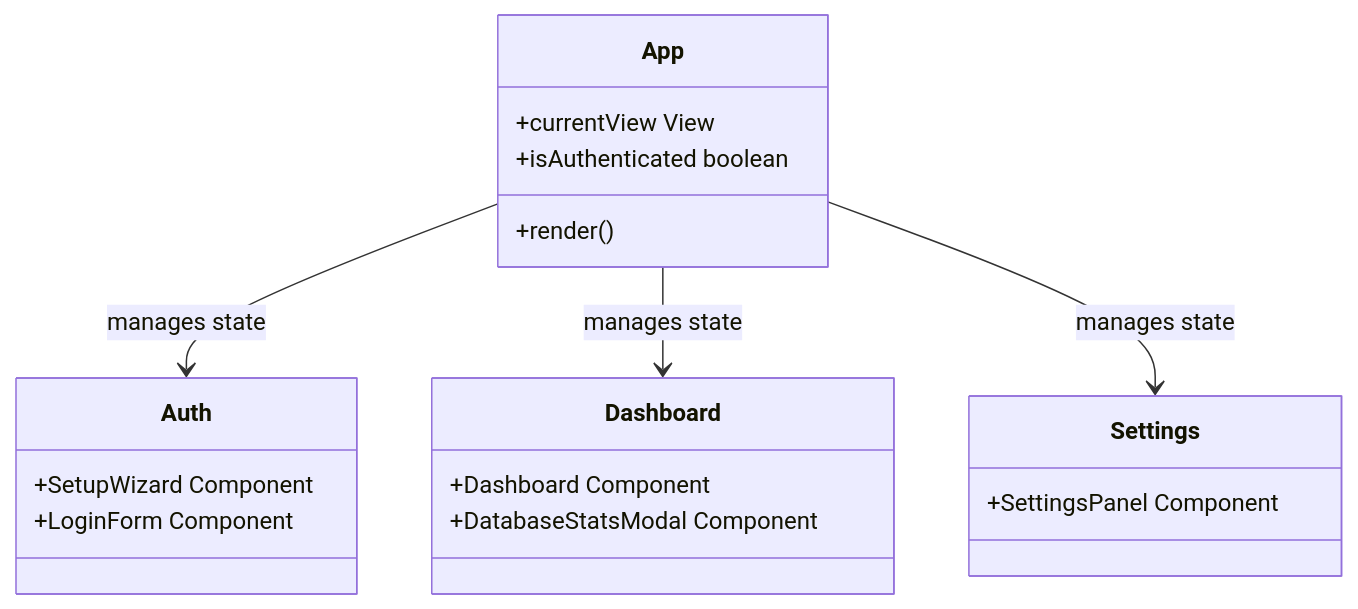
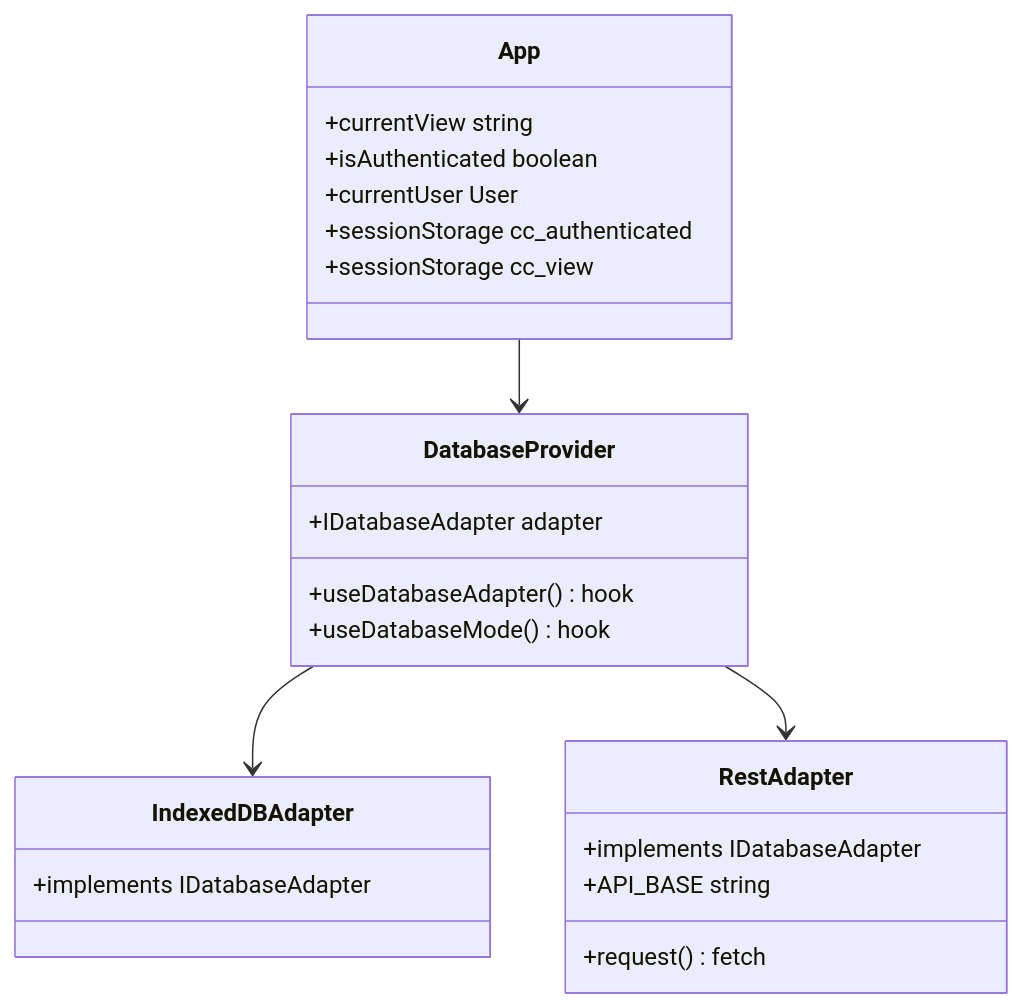
One commit to acidgreenservers/ClawChives changed the third of 3 diagrams in BLUEPRINT.md. Above: the diagram before and after it, drawn with Mermaid. The commit also changed other lines of this file and 29 other files, not shown here.

First line of the commit message:
feat: add environment configuration and database provider infrastructure

````diff
--- a/BLUEPRINT.md
+++ b/BLUEPRINT.md
@@ -54,23 +186,27 @@
 ```mermaid
 classDiagram
     class App {
-      +currentView View
-      +isAuthenticated boolean
-      +render()
+        +currentView string
+        +isAuthenticated boolean
+        +currentUser User
+        +sessionStorage cc_authenticated
+        +sessionStorage cc_view
     }
-    class Auth {
-      +SetupWizard Component
-      +LoginForm Component
+    class DatabaseProvider {
+        +IDatabaseAdapter adapter
+        +useDatabaseAdapter() hook
+        +useDatabaseMode() hook
     }
-    class Dashboard {
-      +Dashboard Component
-      +DatabaseStatsModal Component
+    class IndexedDBAdapter {
+        +implements IDatabaseAdapter
     }
-    class Settings {
-      +SettingsPanel Component
+    class RestAdapter {
+        +implements IDatabaseAdapter
+        +API_BASE string
+        +request() fetch
     }
-    
-    App --> Auth : manages state
-    App --> Dashboard : manages state
-    App --> Settings : manages state
+
+    App --> DatabaseProvider
+    DatabaseProvider --> IndexedDBAdapter
+    DatabaseProvider --> RestAdapter
 ```
````
